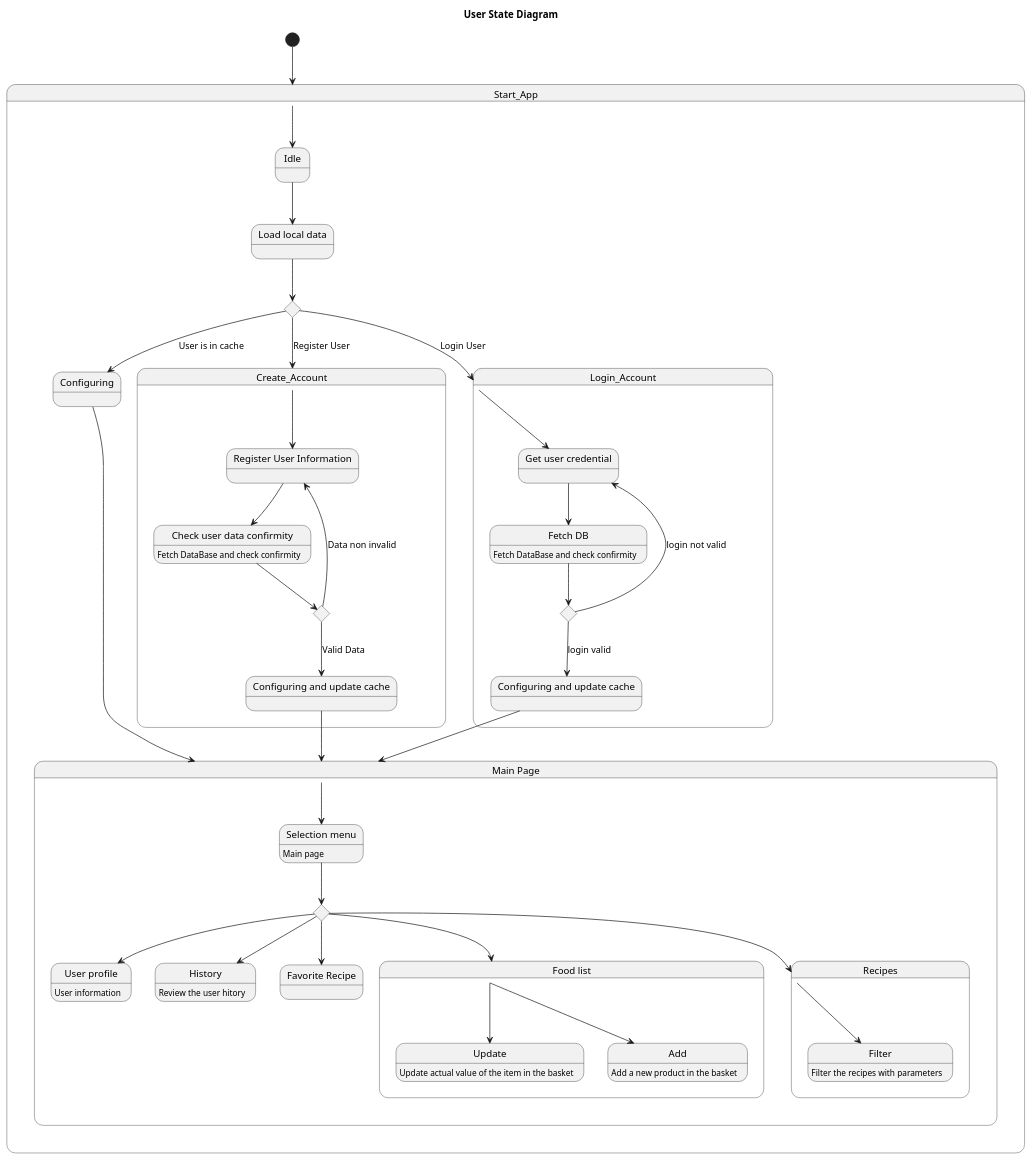
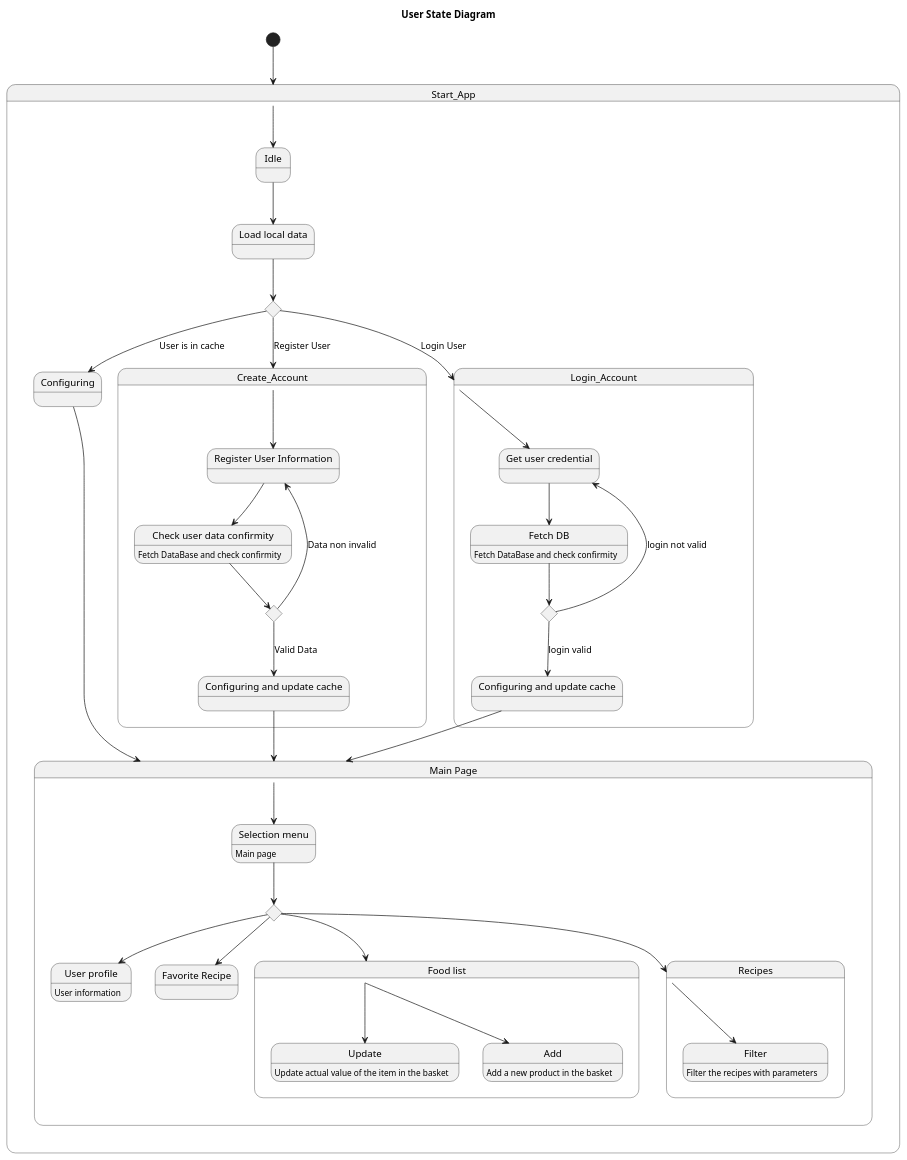
One commit to baptiste-entat-pantagene/clean_out_your_fridge changed the diagram in design/user_cycle.puml. Above: the diagram before and after it, drawn with PlantUML. The commit also changed 3 other files, not shown here.

Commit message:
export UML to SVG

```diff
--- a/design/user_cycle.puml
+++ b/design/user_cycle.puml
@@ -1,86 +1,84 @@
 @startuml
 title User State Diagram
 
 [*] --> Start_App
 
 state Start_App {
   state "Idle" as Start_App_Idle
   state "Load local data" as Start_App_Loadlocaldata
   state "Configuring" as Start_App_Configuring
   state user_is_register <<choice>>
 
   Start_App --> Start_App_Idle
   Start_App_Idle --> Start_App_Loadlocaldata
   Start_App_Loadlocaldata --> user_is_register
   user_is_register --> Start_App_Configuring : User is in cache
   user_is_register --> Create_Account : Register User
   user_is_register --> Login_Account : Login User
   Start_App_Configuring --> Main_Page
 
 }
 
 state Create_Account {
   state "Register User Information" as Register_User_Information
   state "Check user data confirmity" as Check_user_data_confirmity : Fetch DataBase and check confirmity
   state autority_check_user_register <<choice>>
   state "Configuring and update cache" as Create_Account_Configuring
 
   Create_Account --> Register_User_Information
   Register_User_Information --> Check_user_data_confirmity
   Check_user_data_confirmity --> autority_check_user_register
   autority_check_user_register --> Register_User_Information : Data non invalid
   autority_check_user_register --> Create_Account_Configuring : Valid Data
   Create_Account_Configuring --> Main_Page
 }
 
 state Login_Account {
   state "Get user credential" as get_user_credential
   state "Fetch DB" as Login_fetch_db : Fetch DataBase and check confirmity
   state login_check_confirmity <<choice>>
   state "Configuring and update cache" as login_update_cache
 
   Login_Account --> get_user_credential
   get_user_credential --> Login_fetch_db
   Login_fetch_db --> login_check_confirmity
   login_check_confirmity --> get_user_credential : login not valid
   login_check_confirmity --> login_update_cache : login valid
   login_update_cache --> Main_Page
 }
 
 state "Main Page" as Main_Page {
   state "Selection menu" as Selection_menu : Main page
   state "Selection" as main_select_all <<choice>>
 
   state "User profile" as User_profile : User information
   state "Food list" as Liste_de_course {
     state "Update" as Food_update : Update actual value of the item in the basket
     state "Add" as Food_add : Add a new product in the basket
 
     Liste_de_course --> Food_add
     Liste_de_course --> Food_update
   }
-  state "History" as Historique : Review the user hitory
   state "Recipes" as Recipe {
     state "Filter" as Recipe_Filter : Filter the recipes with parameters
 
     Recipe --> Recipe_Filter
   }
   state "Favorite Recipe" as Favorite_Recipe
 
 
   Main_Page --> Selection_menu
   Selection_menu --> main_select_all
   main_select_all --> User_profile
   main_select_all --> Liste_de_course
-  main_select_all --> Historique
   main_select_all --> Recipe
 
   main_select_all --> Favorite_Recipe
 
 
 
 }
 
 
 
 @enduml
```
